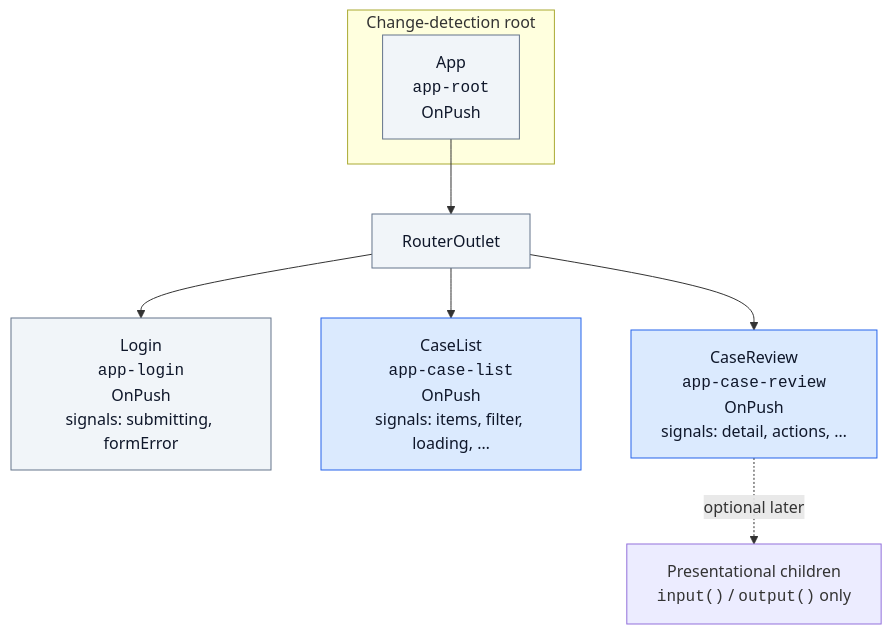
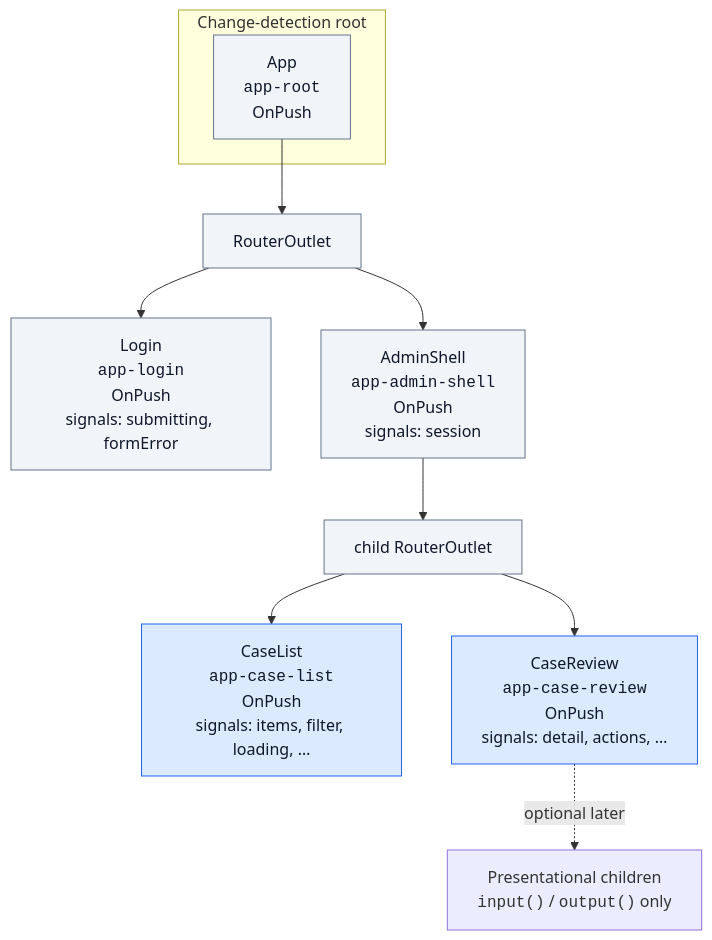
The diagram in docs/frontend-code-standards.md (SDS37/kyc-multi-frontend), drawn with Mermaid before and after one commit. The commit also changed other lines of this file and 24 other files, not shown here.

````diff
--- a/docs/frontend-code-standards.md
+++ b/docs/frontend-code-standards.md
@@ -172,19 +172,22 @@
 ```mermaid
 flowchart TB
   subgraph root["Change-detection root"]
     App["App<br/><code>app-root</code><br/>OnPush"]
   end
 
   App --> Outlet["RouterOutlet"]
 
   Outlet --> Login["Login<br/><code>app-login</code><br/>OnPush<br/>signals: submitting, formError"]
-  Outlet --> CaseList["CaseList<br/><code>app-case-list</code><br/>OnPush<br/>signals: items, filter, loading, …"]
-  Outlet --> CaseReview["CaseReview<br/><code>app-case-review</code><br/>OnPush<br/>signals: detail, actions, …"]
+  Outlet --> Shell["AdminShell<br/><code>app-admin-shell</code><br/>OnPush<br/>signals: session"]
+
+  Shell --> ShellOutlet["child RouterOutlet"]
+  ShellOutlet --> CaseList["CaseList<br/><code>app-case-list</code><br/>OnPush<br/>signals: items, filter, loading, …"]
+  ShellOutlet --> CaseReview["CaseReview<br/><code>app-case-review</code><br/>OnPush<br/>signals: detail, actions, …"]
 
   CaseReview -.->|"optional later"| Presentational["Presentational children<br/><code>input()</code> / <code>output()</code> only"]
 
   classDef dirty fill:#dbeafe,stroke:#2563eb,color:#0f172a
   classDef idle fill:#f1f5f9,stroke:#64748b,color:#0f172a
   class CaseList,CaseReview dirty
-  class App,Login,Outlet idle
+  class App,Login,Outlet,Shell,ShellOutlet idle
 ```
````
